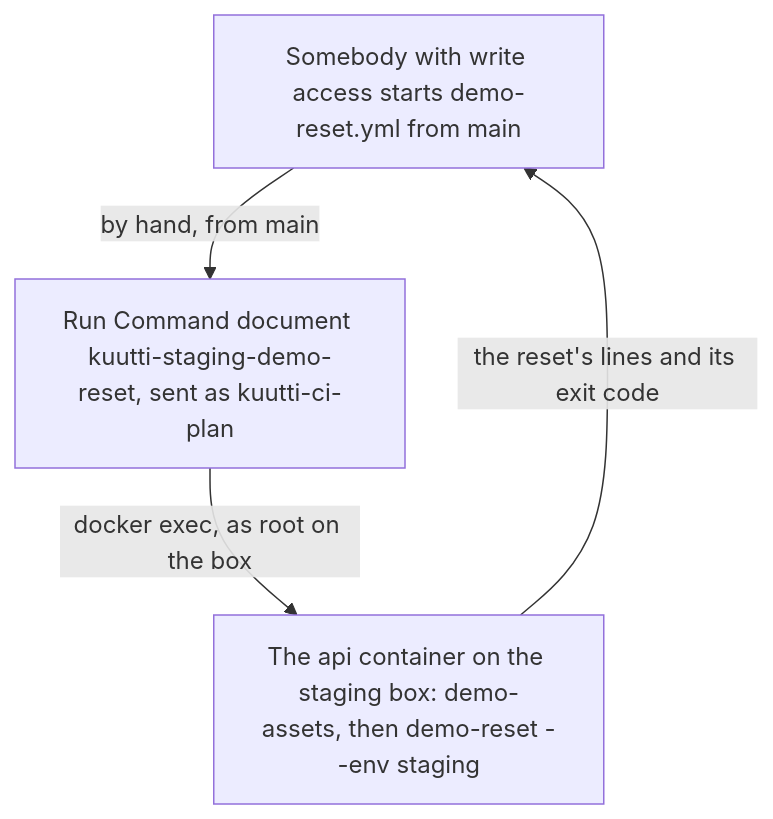
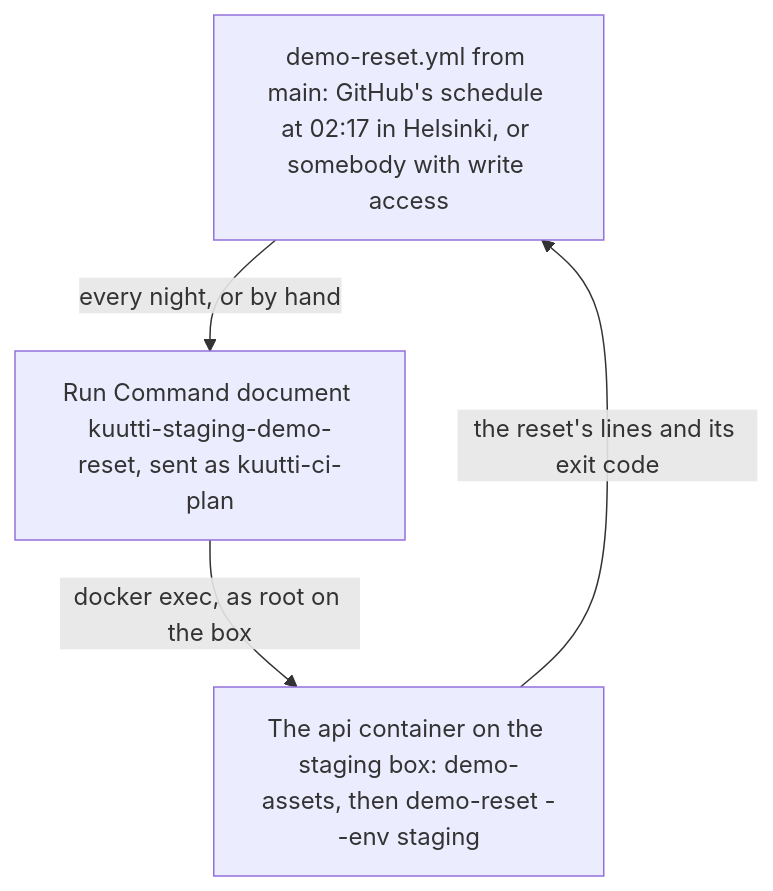
The fifth of 5 diagrams in docs/architecture/delivery.md (kuutti-ry/kuutti-app), drawn with Mermaid before and after one commit. The commit also changed other lines of this file and 19 other files, not shown here.

First line of the commit message:
Reset staging's demo every night and renew its consents (#635)

````diff
--- a/docs/architecture/delivery.md
+++ b/docs/architecture/delivery.md
@@ -220,11 +220,11 @@
 ```mermaid
 flowchart TB
-  accTitle: Delivery, part 5: the demo reset by hand
-  accDescr: Somebody with write access starts demo-reset.yml from main. The job assumes kuutti-ci-plan and sends the one Run Command document the role may send to the staging box, which runs the demo's picture fetch and then the reset inside the API's container. The reset's lines come back as the run's log and step summary, and the run is red when a persona was spared.
-  n44["Somebody with write access starts demo-reset.yml from main"]
+  accTitle: Delivery, part 5: the demo reset, every night and by hand
+  accDescr: GitHub's schedule starts demo-reset.yml from main every night at 02:17 in Helsinki, and somebody with write access can start it from main at any time. The job assumes kuutti-ci-plan and sends the one Run Command document the role may send to the staging box, which runs the demo's picture fetch and then the reset inside the API's container. The reset's lines come back as the run's log and step summary, and the run is red when a persona was spared.
+  n44["demo-reset.yml from main: GitHub's schedule at 02:17 in Helsinki, or somebody with write access"]
   n45["Run Command document kuutti-staging-demo-reset, sent as kuutti-ci-plan"]
   n46["The api container on the staging box: demo-assets, then demo-reset --env staging"]
-  n44 -->|"by hand, from main"| n45
+  n44 -->|"every night, or by hand"| n45
   n45 -->|"docker exec, as root on the box"| n46
   n46 -->|"the reset's lines and its exit code"| n44
 ```
````
